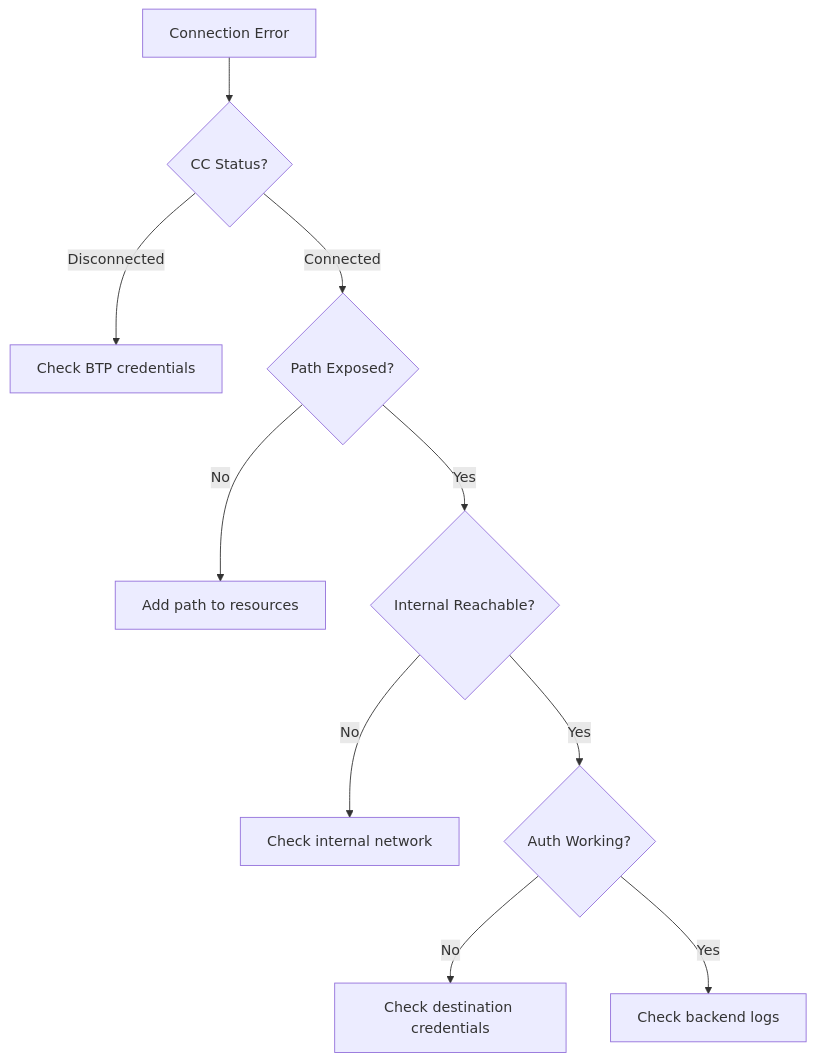
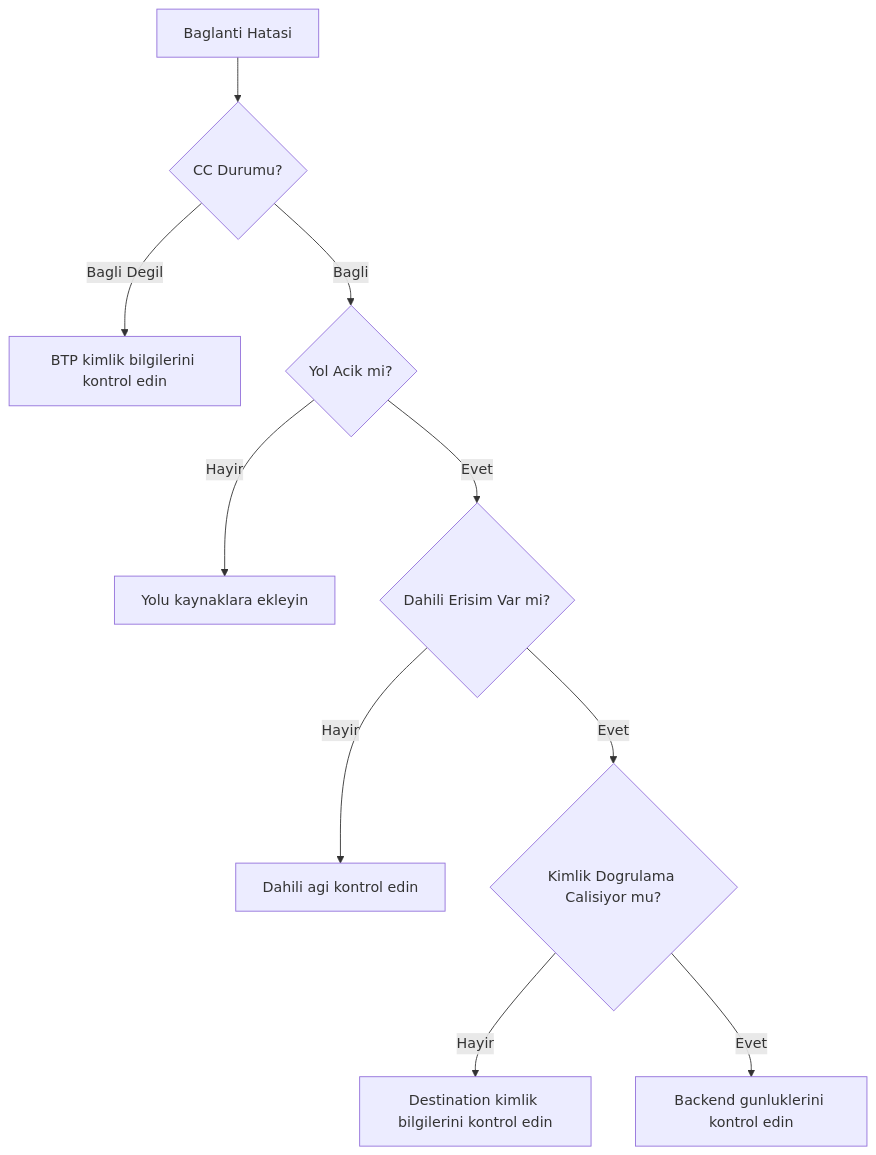
The eighth of 8 diagrams in Technical Tutorials/BTP/TR/chapters/16-cloud-connector.md (beyhanmeyrali/sap-all), drawn with Mermaid before and after one commit. The commit also changed other lines of this file and 11 other files, not shown here.

````diff
--- a/Technical Tutorials/BTP/TR/chapters/16-cloud-connector.md
+++ b/Technical Tutorials/BTP/TR/chapters/16-cloud-connector.md
@@ -389,12 +389,12 @@
 ```mermaid
 flowchart TD
-    E[Connection Error] --> C1{CC Status?}
-    C1 --> |"Disconnected"| F1[Check BTP credentials]
-    C1 --> |"Connected"| C2{Path Exposed?}
-    C2 --> |"No"| F2[Add path to resources]
-    C2 --> |"Yes"| C3{Internal Reachable?}
-    C3 --> |"No"| F3[Check internal network]
-    C3 --> |"Yes"| C4{Auth Working?}
-    C4 --> |"No"| F4[Check destination credentials]
-    C4 --> |"Yes"| F5[Check backend logs]
+    E[Baglanti Hatasi] --> C1{CC Durumu?}
+    C1 --> |"Bagli Degil"| F1[BTP kimlik bilgilerini kontrol edin]
+    C1 --> |"Bagli"| C2{Yol Acik mi?}
+    C2 --> |"Hayir"| F2[Yolu kaynaklara ekleyin]
+    C2 --> |"Evet"| C3{Dahili Erisim Var mi?}
+    C3 --> |"Hayir"| F3[Dahili agi kontrol edin]
+    C3 --> |"Evet"| C4{Kimlik Dogrulama Calisiyor mu?}
+    C4 --> |"Hayir"| F4[Destination kimlik bilgilerini kontrol edin]
+    C4 --> |"Evet"| F5[Backend gunluklerini kontrol edin]
 ```
````
